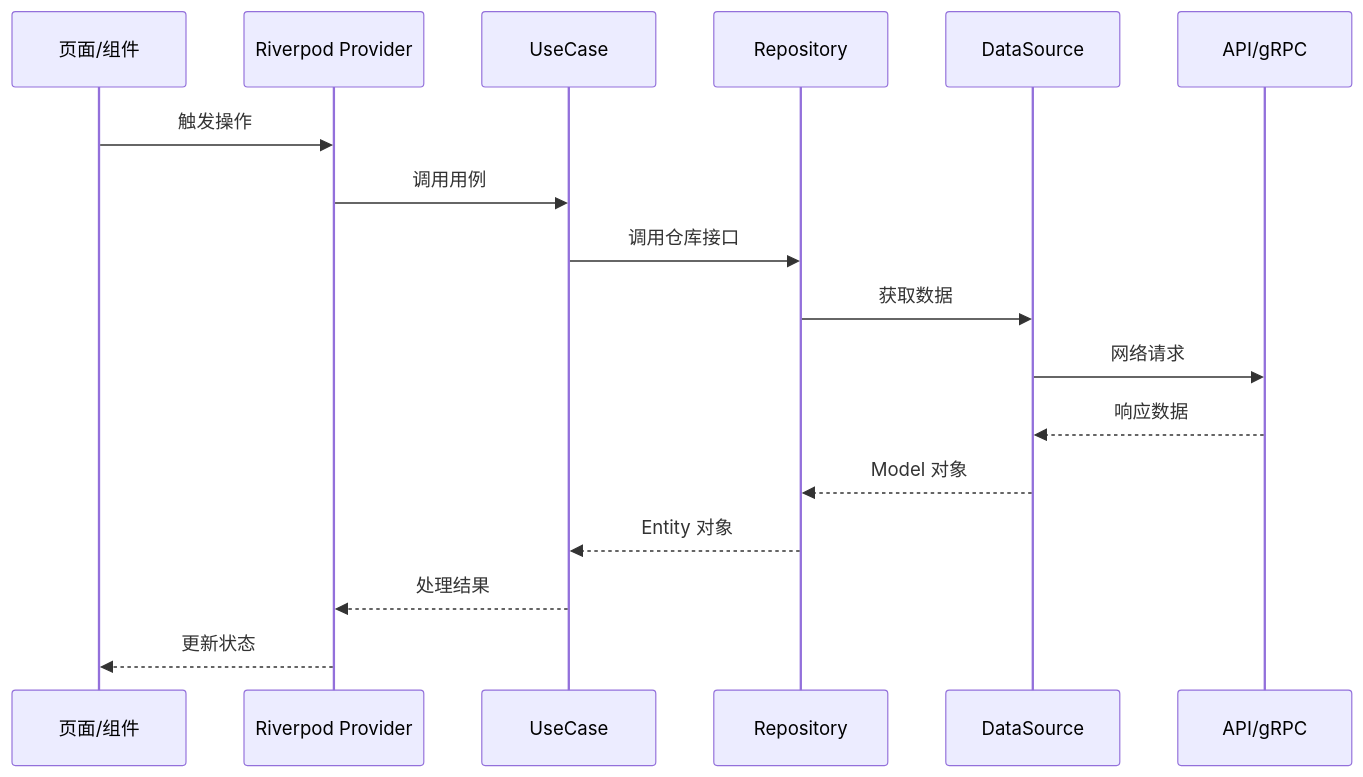
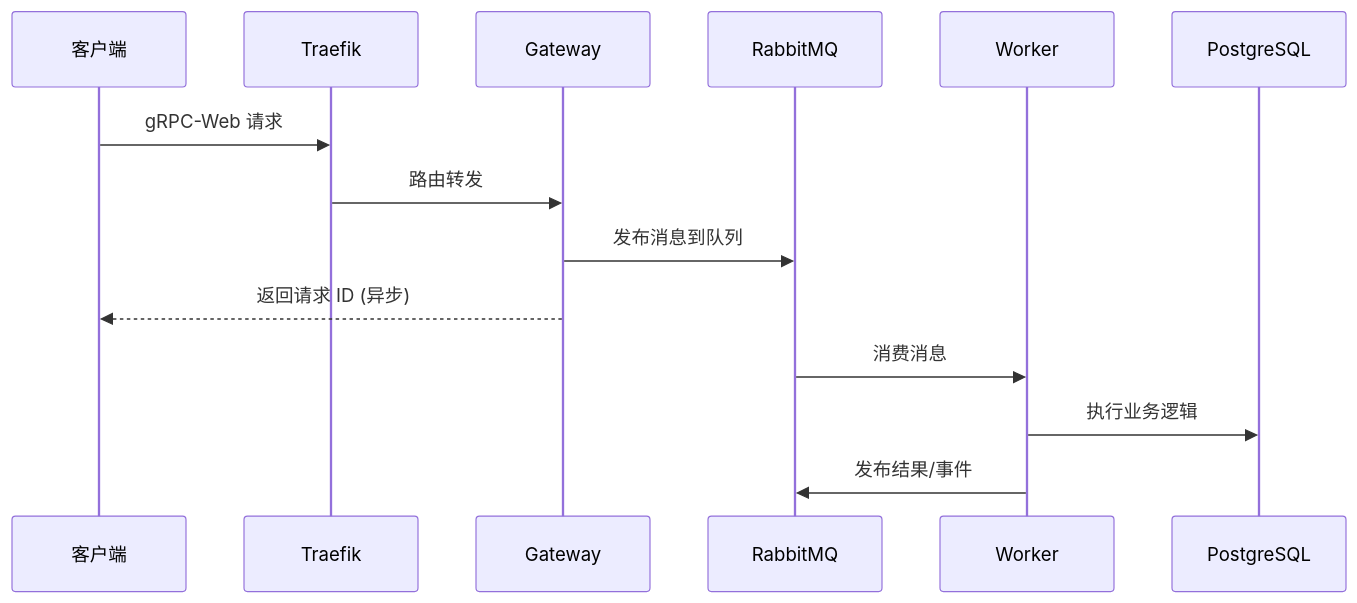
Before and after one commit to funcdfs/lesser: the third of 4 diagrams in docs/架构梳理.md, drawn with Mermaid. The commit also changed other lines of this file and 306 other files, not shown here.

````diff
--- a/docs/架构梳理.md
+++ b/docs/架构梳理.md
@@ -408,20 +377,18 @@
 ```mermaid
 sequenceDiagram
-    participant UI as 页面/组件
-    participant Provider as Riverpod Provider
-    participant UseCase as UseCase
-    participant Repo as Repository
-    participant DataSource as DataSource
-    participant API as API/gRPC
+    participant Client as 客户端
+    participant Traefik as Traefik
+    participant Gateway as Gateway
+    participant MQ as RabbitMQ
+    participant Worker as Worker
+    participant DB as PostgreSQL
 
-    UI->>Provider: 触发操作
-    Provider->>UseCase: 调用用例
-    UseCase->>Repo: 调用仓库接口
-    Repo->>DataSource: 获取数据
-    DataSource->>API: 网络请求
-    API-->>DataSource: 响应数据
-    DataSource-->>Repo: Model 对象
-    Repo-->>UseCase: Entity 对象
-    UseCase-->>Provider: 处理结果
-    Provider-->>UI: 更新状态
+    Client->>Traefik: gRPC-Web 请求
+    Traefik->>Gateway: 路由转发
+    Gateway->>MQ: 发布消息到队列
+    Gateway-->>Client: 返回请求 ID (异步)
+    
+    MQ->>Worker: 消费消息
+    Worker->>DB: 执行业务逻辑
+    Worker->>MQ: 发布结果/事件
 ```
````
